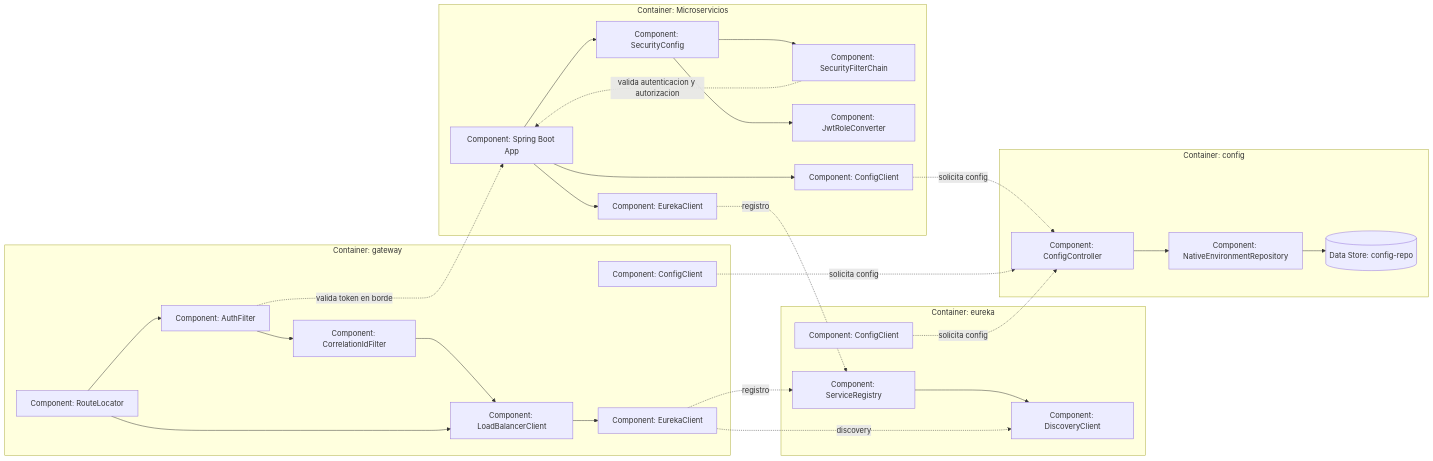
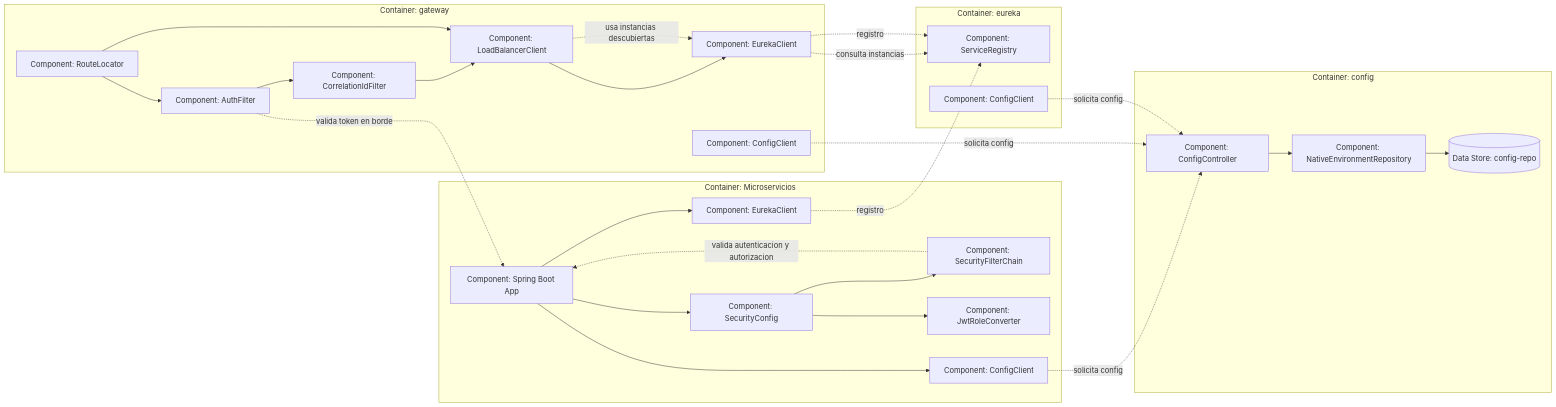
Before and after one commit to 262dist/pagatu: the third of 10 diagrams in README_02_ARQUITECTURA_DETALLADA.md, drawn with Mermaid. The commit also changed other lines of this file, not shown here.

````diff
--- a/README_02_ARQUITECTURA_DETALLADA.md
+++ b/README_02_ARQUITECTURA_DETALLADA.md
@@ -60,58 +60,56 @@
 ```mermaid
 flowchart LR
     subgraph gateway["Container: gateway"]
         routeLocator["Component: RouteLocator"]
         authFilter["Component: AuthFilter"]
         traceFilter["Component: CorrelationIdFilter"]
         lbClient["Component: LoadBalancerClient"]
         gatewayDiscoveryClient["Component: EurekaClient"]
         gatewayConfigClient["Component: ConfigClient"]
 
         routeLocator --> authFilter
         authFilter --> traceFilter
         traceFilter --> lbClient
         lbClient --> gatewayDiscoveryClient
     end
 
     subgraph eureka["Container: eureka"]
         registry["Component: ServiceRegistry"]
-        discovery["Component: DiscoveryClient"]
         eurekaConfigClient["Component: ConfigClient"]
-
-        registry --> discovery
     end
 
     subgraph config["Container: config"]
         configController["Component: ConfigController"]
         nativeRepo["Component: NativeEnvironmentRepository"]
         configRepo[(Data Store: config-repo)]
 
         configController --> nativeRepo
         nativeRepo --> configRepo
     end
 
     subgraph ms["Container: Microservicios"]
         serviceApp["Component: Spring Boot App"]
         securityConfig["Component: SecurityConfig"]
         securityChain["Component: SecurityFilterChain"]
         roleConverter["Component: JwtRoleConverter"]
         eurekaClient["Component: EurekaClient"]
         configClient["Component: ConfigClient"]
 
         serviceApp --> securityConfig
         serviceApp --> eurekaClient
         serviceApp --> configClient
         securityConfig --> securityChain
         securityConfig --> roleConverter
     end
 
     routeLocator --> lbClient
-    gatewayDiscoveryClient -. discovery .-> discovery
+    lbClient -. usa instancias descubiertas .-> gatewayDiscoveryClient
+    gatewayDiscoveryClient -. consulta instancias .-> registry
     gatewayDiscoveryClient -. registro .-> registry
     authFilter -. valida token en borde .-> serviceApp
     securityChain -. valida autenticacion y autorizacion .-> serviceApp
     configClient -. solicita config .-> configController
     eurekaClient -. registro .-> registry
     gatewayConfigClient -. solicita config .-> configController
     eurekaConfigClient -. solicita config .-> configController
 ```
````
